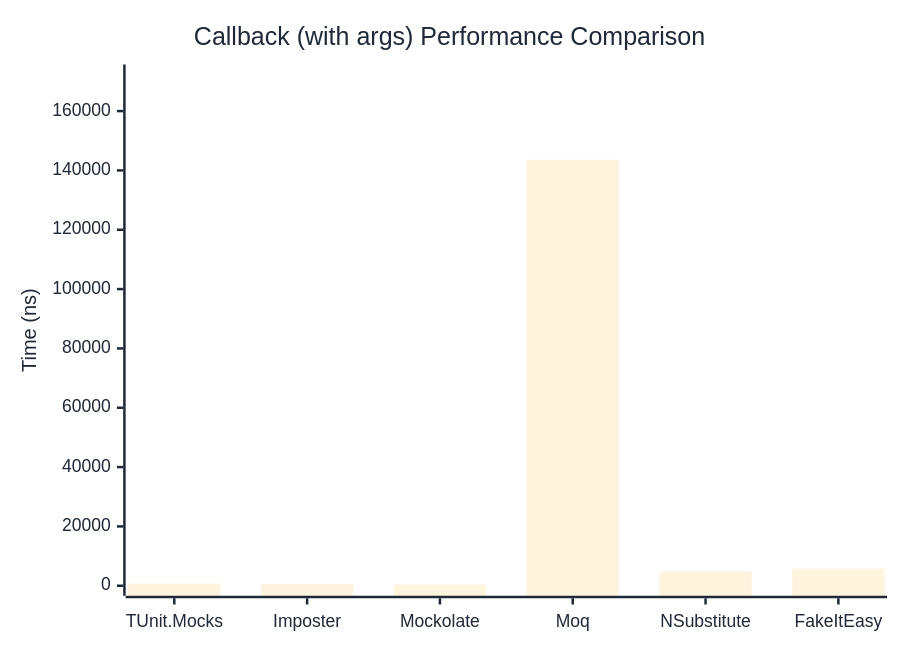
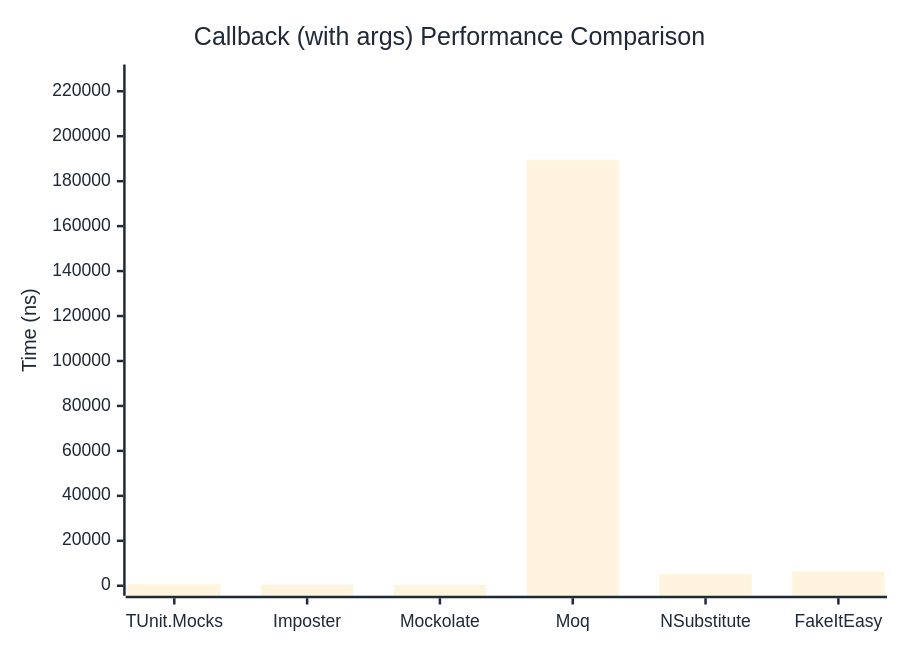
Before and after one commit to thomhurst/TUnit: the second of 2 diagrams in docs/docs/benchmarks/mocks/Callback.md, drawn with Mermaid. The commit also changed other lines of this file and 14 other files, not shown here.

````diff
--- a/docs/docs/benchmarks/mocks/Callback.md
+++ b/docs/docs/benchmarks/mocks/Callback.md
@@ -69,27 +69,27 @@
 ```mermaid
 %%{init: {
   'theme':'base',
   'themeVariables': {
     'primaryColor': '#2563eb',
     'primaryTextColor': '#1f2937',
     'primaryBorderColor': '#1e40af',
     'lineColor': '#6b7280',
     'secondaryColor': '#7c3aed',
     'tertiaryColor': '#dc2626',
     'background': '#ffffff',
     'pie1': '#2563eb',
     'pie2': '#7c3aed',
     'pie3': '#dc2626',
     'pie4': '#f59e0b',
     'pie5': '#10b981',
     'pie6': '#06b6d4',
     'pie7': '#ec4899',
     'pie8': '#6366f1'
   }
 }}%%
 xychart-beta
   title "Callback (with args) Performance Comparison"
   x-axis ["TUnit.Mocks", "Imposter", "Mockolate", "Moq", "NSubstitute", "FakeItEasy"]
-  y-axis "Time (ns)" 0 --> 172331
-  bar [784.9, 565.1, 404.4, 143608.6, 4832.2, 5756.5]
+  y-axis "Time (ns)" 0 --> 227456
+  bar [680.1, 500.7, 394.5, 189546.4, 5286.4, 6377.7]
 ```
````
